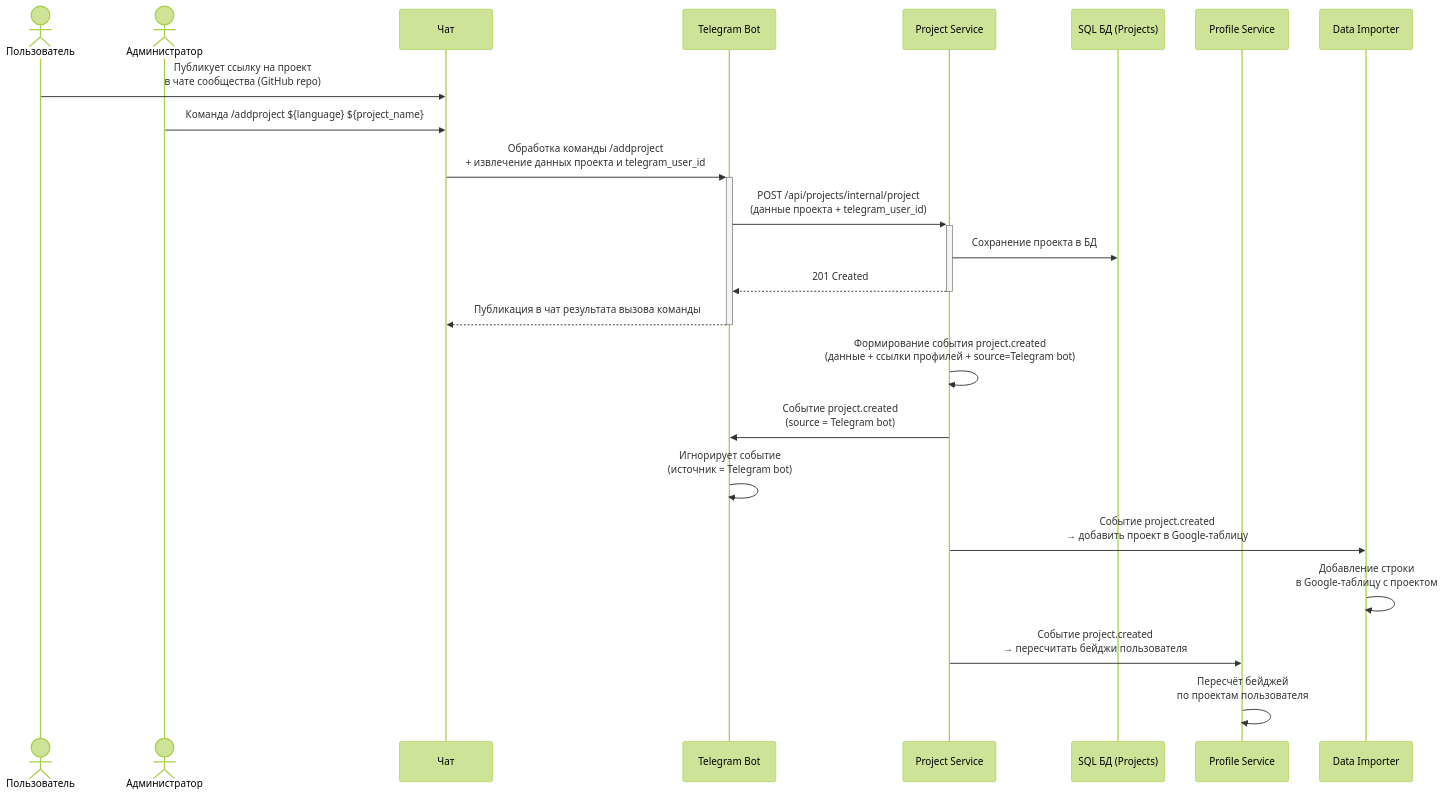
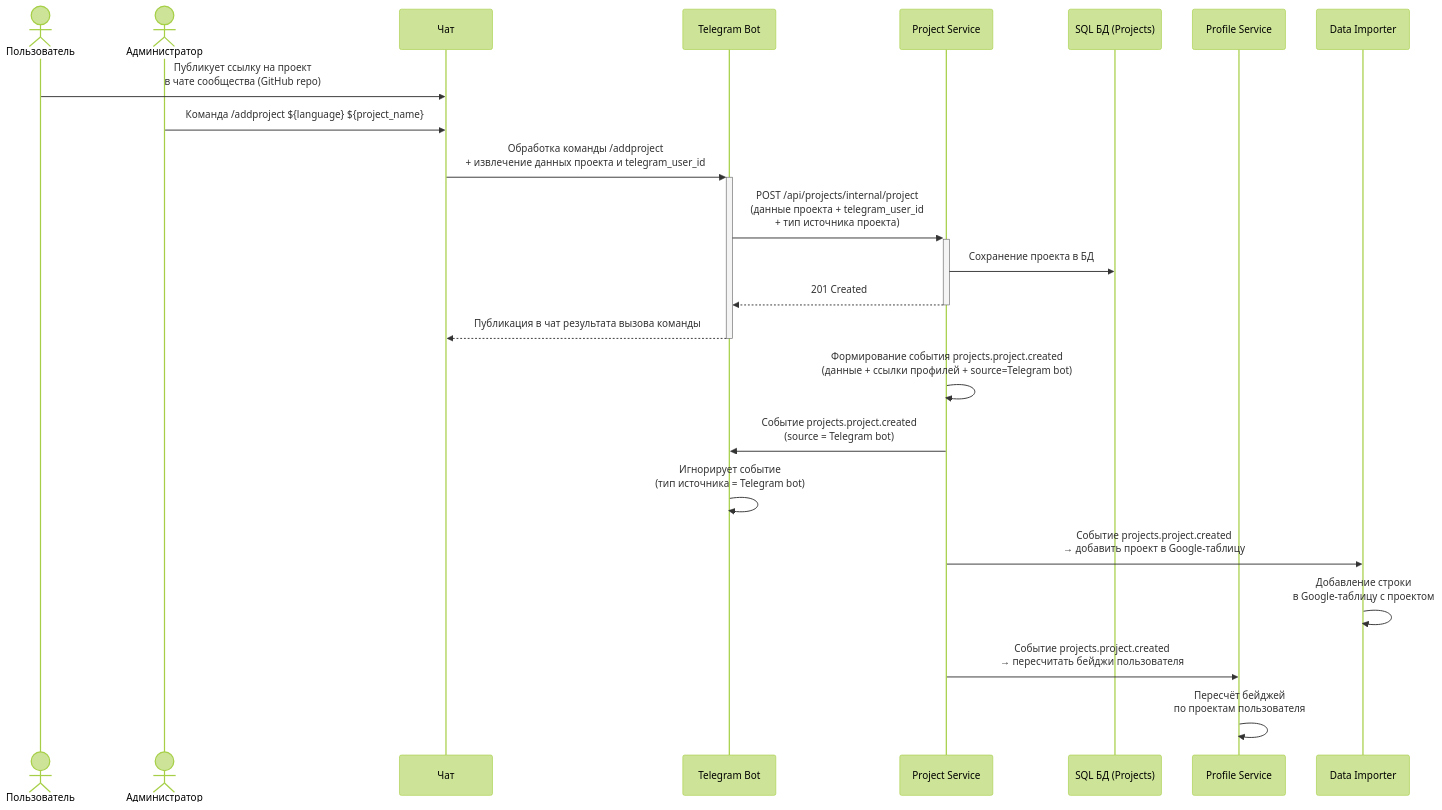
Before and after one commit to it-mentor-community-platform/meta: the second of 3 diagrams in system-analytics/functionality/projects-bookkeeping.md, drawn with Mermaid (forest theme). The commit also changed other lines of this file, not shown here.

Commit message:
system analytics: project bookeeping - more details on project source

````diff
--- a/system-analytics/functionality/projects-bookkeeping.md
+++ b/system-analytics/functionality/projects-bookkeeping.md
@@ -57,32 +57,32 @@
 ```mermaid
 sequenceDiagram
     actor User as Пользователь
     actor Admin as Администратор
     participant Chat as Чат
     participant TelegramBot as Telegram Bot
     participant ProjectService as Project Service
     participant SQLDB as SQL БД (Projects)
     participant ProfileService as Profile Service
     participant DataImporter as Data Importer
 
     User ->> Chat: Публикует ссылку на проект<br/>в чате сообщества (GitHub repo)
     Admin ->> Chat: Команда /addproject ${language} ${project_name}
 
     Chat ->>+ TelegramBot: Обработка команды /addproject<br/>+ извлечение данных проекта и telegram_user_id
-    TelegramBot ->>+ ProjectService: POST /api/projects/internal/project<br/>(данные проекта + telegram_user_id)
+    TelegramBot ->>+ ProjectService: POST /api/projects/internal/project<br/>(данные проекта + telegram_user_id<br/>+ тип источника проекта)
 
     ProjectService ->> SQLDB: Сохранение проекта в БД
     ProjectService -->>- TelegramBot: 201 Created
     TelegramBot -->>- Chat: Публикация в чат результата вызова команды
 
-    ProjectService ->> ProjectService: Формирование события project.created<br/>(данные + ссылки профилей + source=Telegram bot)
+    ProjectService ->> ProjectService: Формирование события projects.project.created<br/>(данные + ссылки профилей + source=Telegram bot)
 
-    ProjectService ->> TelegramBot: Событие project.created<br/>(source = Telegram bot)
-    TelegramBot ->> TelegramBot: Игнорирует событие<br/>(источник = Telegram bot)
+    ProjectService ->> TelegramBot: Событие projects.project.created<br/>(source = Telegram bot)
+    TelegramBot ->> TelegramBot: Игнорирует событие<br/>(тип источника = Telegram bot)
 
-    ProjectService ->> DataImporter: Событие project.created<br/>→ добавить проект в Google-таблицу
+    ProjectService ->> DataImporter: Событие projects.project.created<br/>→ добавить проект в Google-таблицу
     DataImporter ->> DataImporter: Добавление строки<br/>в Google-таблицу с проектом
 
-    ProjectService ->> ProfileService: Событие project.created<br/>→ пересчитать бейджи пользователя
+    ProjectService ->> ProfileService: Событие projects.project.created<br/>→ пересчитать бейджи пользователя
     ProfileService ->> ProfileService: Пересчёт бейджей<br/>по проектам пользователя
 ```
````
